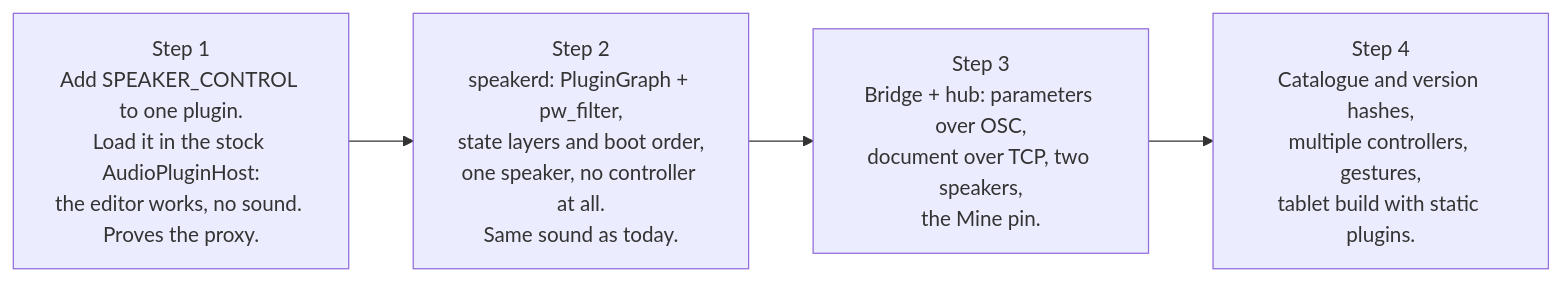
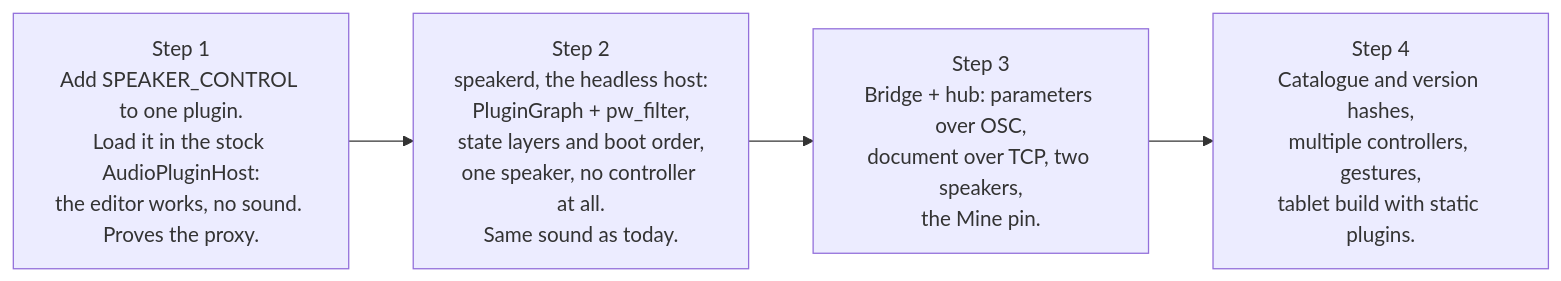
Before and after one commit to AMuszkat/bpi_amp_platform: the tenth of 10 diagrams in docs/remote-plugin-host.md, drawn with Mermaid. The commit also changed other lines of this file, not shown here.

First line of the commit message:
Define speakerd as the headless plugin host throughout the proposal

````diff
--- a/docs/remote-plugin-host.md
+++ b/docs/remote-plugin-host.md
@@ -493,6 +555,6 @@
 ```mermaid
 flowchart LR
-    s1["Step 1<br/>Add SPEAKER_CONTROL to one plugin.<br/>Load it in the stock AudioPluginHost:<br/>the editor works, no sound. Proves the proxy."] --> s2["Step 2<br/>speakerd: PluginGraph + pw_filter,<br/>state layers and boot order,<br/>one speaker, no controller at all.<br/>Same sound as today."]
+    s1["Step 1<br/>Add SPEAKER_CONTROL to one plugin.<br/>Load it in the stock AudioPluginHost:<br/>the editor works, no sound. Proves the proxy."] --> s2["Step 2<br/>speakerd, the headless host:<br/>PluginGraph + pw_filter,<br/>state layers and boot order,<br/>one speaker, no controller at all.<br/>Same sound as today."]
     s2 --> s3["Step 3<br/>Bridge + hub: parameters over OSC,<br/>document over TCP, two speakers,<br/>the Mine pin."]
     s3 --> s4["Step 4<br/>Catalogue and version hashes,<br/>multiple controllers, gestures,<br/>tablet build with static plugins."]
 ```
````
